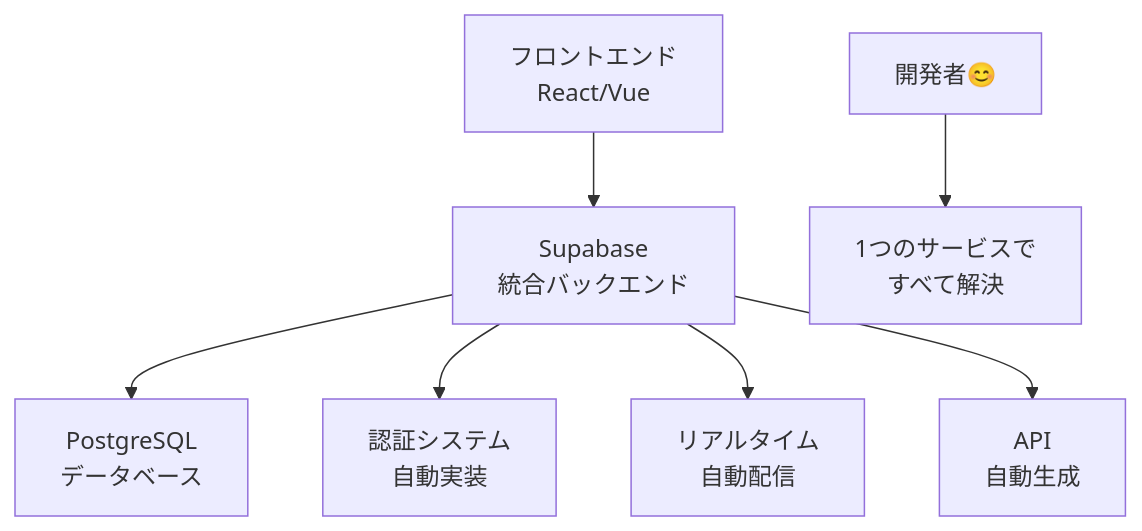
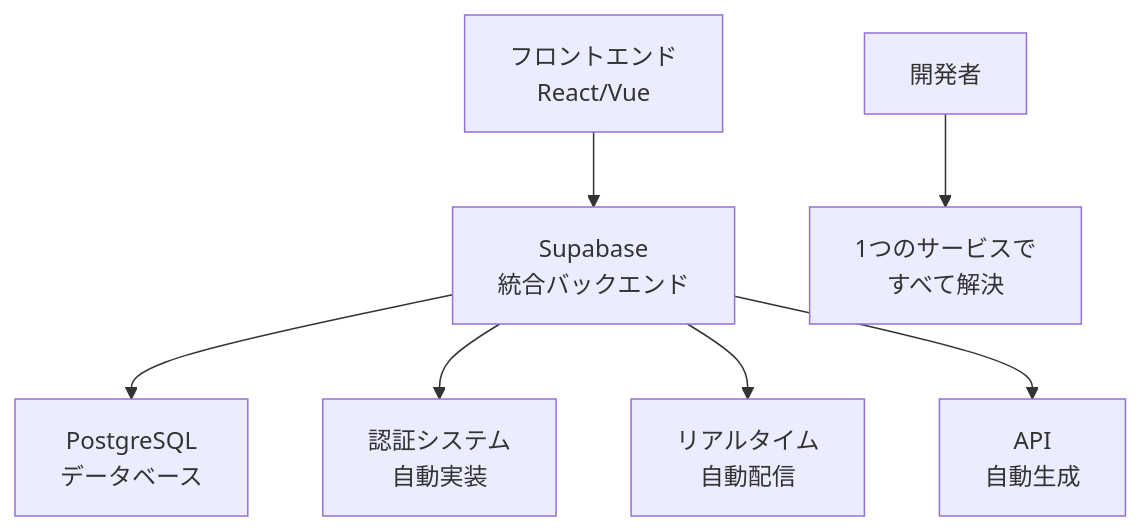
The second of 8 diagrams in src/chapters/chapter01/index.md (itdojp/supabase-architecture-patterns-book), drawn with Mermaid before and after one commit. The commit also changed other lines of this file and 49 other files, not shown here.

````diff
--- a/src/chapters/chapter01/index.md
+++ b/src/chapters/chapter01/index.md
@@ -57,10 +57,10 @@
 ```mermaid
 flowchart TD
     A[フロントエンド<br/>React/Vue] --> B[Supabase<br/>統合バックエンド]
     B --> C[PostgreSQL<br/>データベース]
     B --> D[認証システム<br/>自動実装]
     B --> E[リアルタイム<br/>自動配信]
     B --> F[API<br/>自動生成]
     
-    G[開発者😊] --> H[1つのサービスで<br/>すべて解決]
+    G[開発者] --> H[1つのサービスで<br/>すべて解決]
 ```
````
